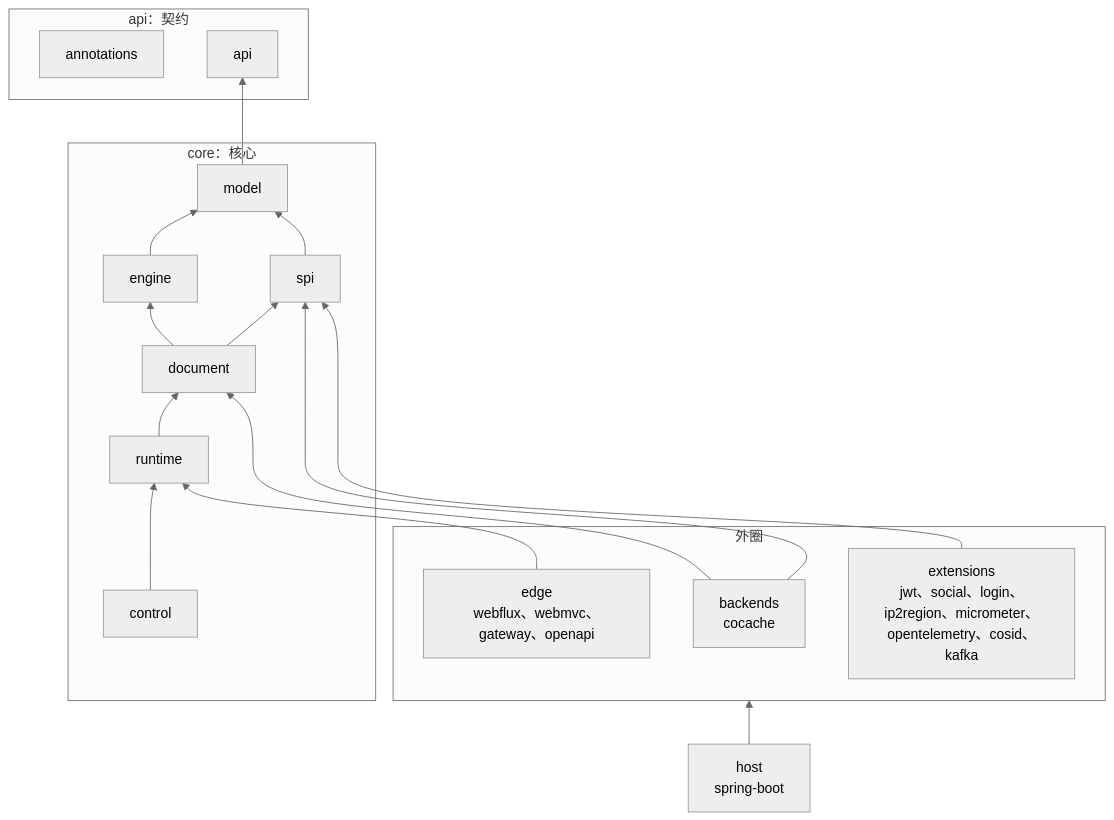
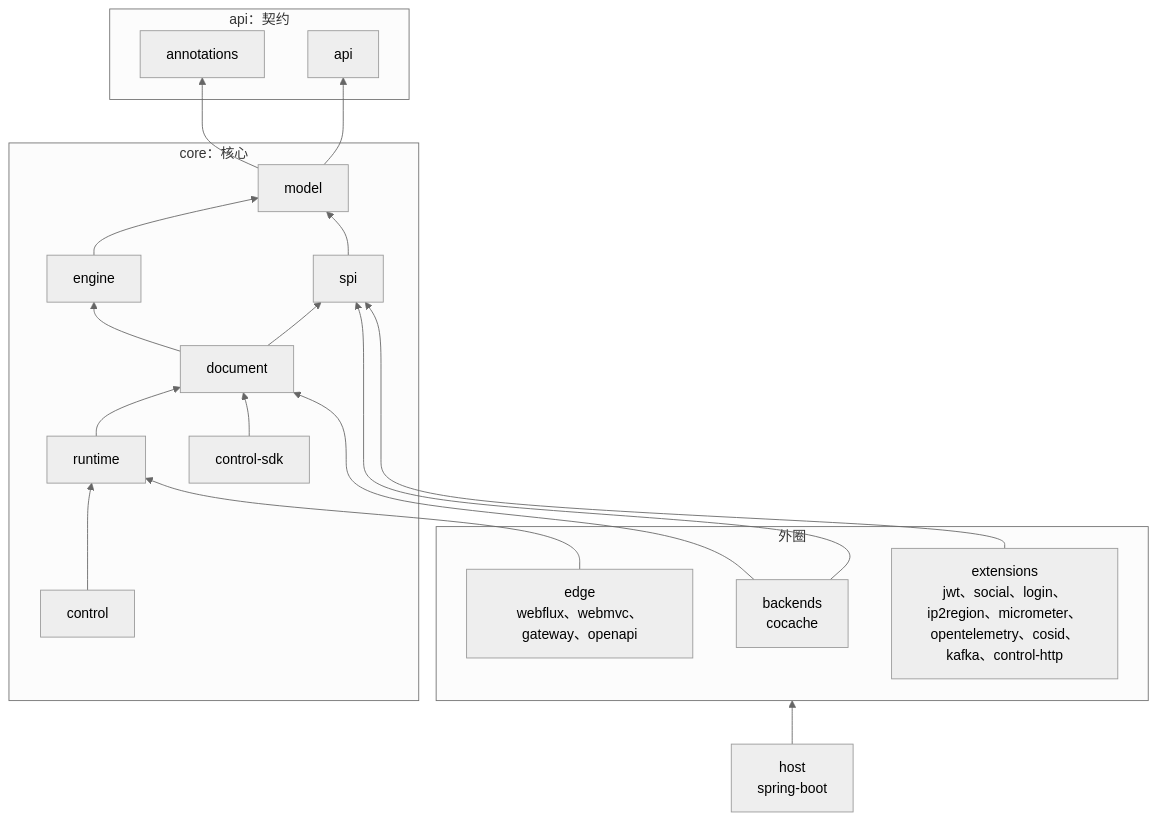
The diagram in docs/rfc/0011-module-architecture.md (Ahoo-Wang/CoSec), drawn with Mermaid (neutral theme) before and after one commit. The commit also changed other lines of this file and 1 other file, not shown here.

````diff
--- a/docs/rfc/0011-module-architecture.md
+++ b/docs/rfc/0011-module-architecture.md
@@ -67,23 +54,25 @@
 ```mermaid
 flowchart BT
   subgraph contract[api：契约]
     annotations
     api
   end
   subgraph core[core：核心]
     model --> api
+    model --> annotations
     engine --> model
     spi --> model
     document --> engine
     document --> spi
     runtime --> document
     control --> runtime
+    controlsdk[control-sdk] --> document
   end
   subgraph outer[外圈]
     backends[backends<br>cocache] --> spi
     backends --> document
     edge[edge<br>webflux、webmvc、gateway、openapi] --> runtime
-    extensions[extensions<br>jwt、social、login、ip2region、micrometer、opentelemetry、cosid、kafka] --> spi
+    extensions[extensions<br>jwt、social、login、ip2region、micrometer、opentelemetry、cosid、kafka、control-http] --> spi
   end
   host[host<br>spring-boot] --> outer
 ```
````
